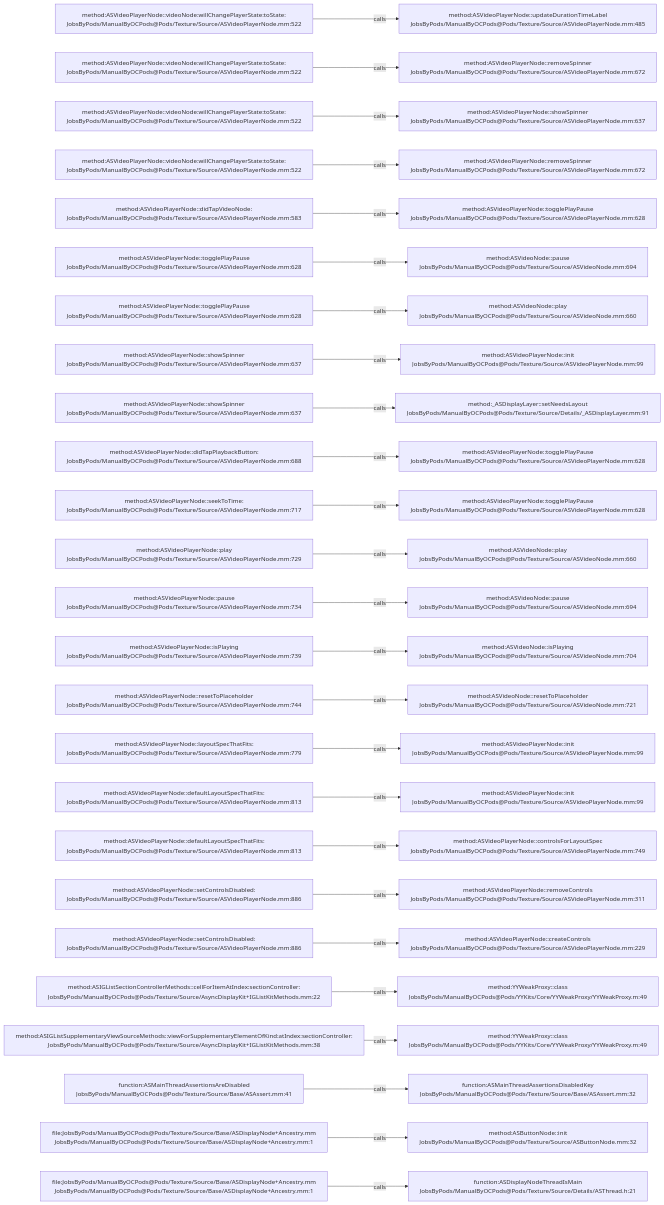
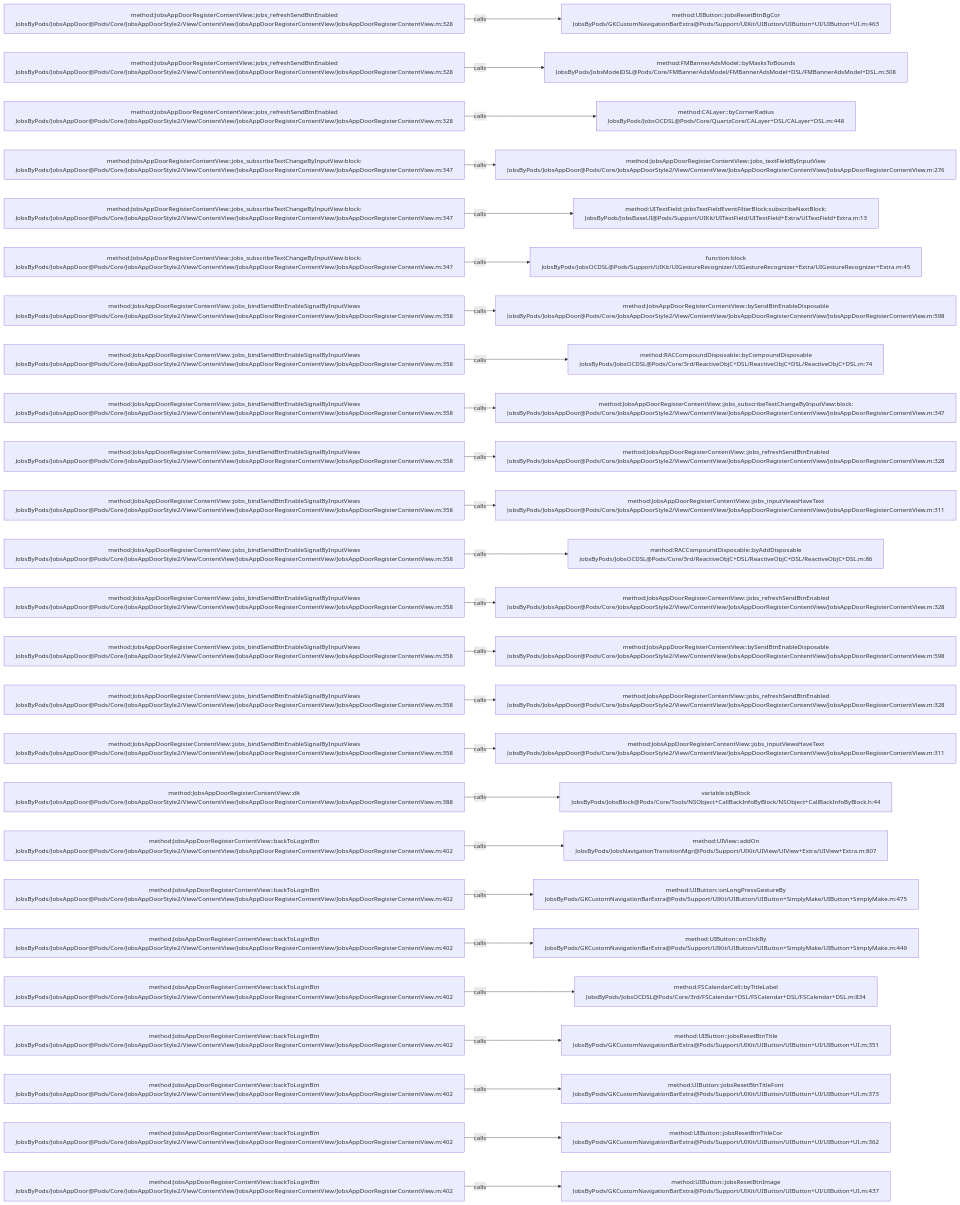
The diagram in .codegraph/codegraph.md/graphs/calls-131.md (JobsKits/JobsOCBaseConfigDemo), drawn with Mermaid before and after one commit. The commit also changed 768 other files, not shown here.

````diff
--- a/.codegraph/codegraph.md/graphs/calls-131.md
+++ b/.codegraph/codegraph.md/graphs/calls-131.md
@@ -13,78 +13,78 @@
 ```mermaid
 flowchart LR
-  S1["method:ASVideoPlayerNode::videoNode:willChangePlayerState:toState:<br/>JobsByPods/ManualByOCPods@Pods/Texture/Source/ASVideoPlayerNode.mm:522"]
-  T1["method:ASVideoPlayerNode::updateDurationTimeLabel<br/>JobsByPods/ManualByOCPods@Pods/Texture/Source/ASVideoPlayerNode.mm:485"]
+  S1["method:JobsAppDoorRegisterContentView::jobs_refreshSendBtnEnabled<br/>JobsByPods/JobsAppDoor@Pods/Core/JobsAppDoorStyle2/View/ContentView/JobsAppDoorRegisterContentView/JobsAppDoorRegisterContentView.m:328"]
+  T1["method:UIButton::jobsResetBtnBgCor<br/>JobsByPods/GKCustomNavigationBarExtra@Pods/Support/UIKit/UIButton/UIButton+UI/UIButton+UI.m:463"]
   S1 -->|calls| T1
-  S2["method:ASVideoPlayerNode::videoNode:willChangePlayerState:toState:<br/>JobsByPods/ManualByOCPods@Pods/Texture/Source/ASVideoPlayerNode.mm:522"]
-  T2["method:ASVideoPlayerNode::removeSpinner<br/>JobsByPods/ManualByOCPods@Pods/Texture/Source/ASVideoPlayerNode.mm:672"]
+  S2["method:JobsAppDoorRegisterContentView::jobs_refreshSendBtnEnabled<br/>JobsByPods/JobsAppDoor@Pods/Core/JobsAppDoorStyle2/View/ContentView/JobsAppDoorRegisterContentView/JobsAppDoorRegisterContentView.m:328"]
+  T2["method:FMBannerAdsModel::byMasksToBounds<br/>JobsByPods/JobsModelDSL@Pods/Core/FMBannerAdsModel/FMBannerAdsModel+DSL/FMBannerAdsModel+DSL.m:308"]
   S2 -->|calls| T2
-  S3["method:ASVideoPlayerNode::videoNode:willChangePlayerState:toState:<br/>JobsByPods/ManualByOCPods@Pods/Texture/Source/ASVideoPlayerNode.mm:522"]
-  T3["method:ASVideoPlayerNode::showSpinner<br/>JobsByPods/ManualByOCPods@Pods/Texture/Source/ASVideoPlayerNode.mm:637"]
+  S3["method:JobsAppDoorRegisterContentView::jobs_refreshSendBtnEnabled<br/>JobsByPods/JobsAppDoor@Pods/Core/JobsAppDoorStyle2/View/ContentView/JobsAppDoorRegisterContentView/JobsAppDoorRegisterContentView.m:328"]
+  T3["method:CALayer::byCornerRadius<br/>JobsByPods/JobsOCDSL@Pods/Core/QuartzCore/CALayer+DSL/CALayer+DSL.m:448"]
   S3 -->|calls| T3
-  S4["method:ASVideoPlayerNode::videoNode:willChangePlayerState:toState:<br/>JobsByPods/ManualByOCPods@Pods/Texture/Source/ASVideoPlayerNode.mm:522"]
-  T4["method:ASVideoPlayerNode::removeSpinner<br/>JobsByPods/ManualByOCPods@Pods/Texture/Source/ASVideoPlayerNode.mm:672"]
+  S4["method:JobsAppDoorRegisterContentView::jobs_subscribeTextChangeByInputView:block:<br/>JobsByPods/JobsAppDoor@Pods/Core/JobsAppDoorStyle2/View/ContentView/JobsAppDoorRegisterContentView/JobsAppDoorRegisterContentView.m:347"]
+  T4["method:JobsAppDoorRegisterContentView::jobs_textFieldByInputView<br/>JobsByPods/JobsAppDoor@Pods/Core/JobsAppDoorStyle2/View/ContentView/JobsAppDoorRegisterContentView/JobsAppDoorRegisterContentView.m:276"]
   S4 -->|calls| T4
-  S5["method:ASVideoPlayerNode::didTapVideoNode:<br/>JobsByPods/ManualByOCPods@Pods/Texture/Source/ASVideoPlayerNode.mm:583"]
-  T5["method:ASVideoPlayerNode::togglePlayPause<br/>JobsByPods/ManualByOCPods@Pods/Texture/Source/ASVideoPlayerNode.mm:628"]
+  S5["method:JobsAppDoorRegisterContentView::jobs_subscribeTextChangeByInputView:block:<br/>JobsByPods/JobsAppDoor@Pods/Core/JobsAppDoorStyle2/View/ContentView/JobsAppDoorRegisterContentView/JobsAppDoorRegisterContentView.m:347"]
+  T5["method:UITextField::jobsTextFieldEventFilterBlock:subscribeNextBlock:<br/>JobsByPods/JobsBaseUI@Pods/Support/UIKit/UITextField/UITextField+Extra/UITextField+Extra.m:13"]
   S5 -->|calls| T5
-  S6["method:ASVideoPlayerNode::togglePlayPause<br/>JobsByPods/ManualByOCPods@Pods/Texture/Source/ASVideoPlayerNode.mm:628"]
-  T6["method:ASVideoNode::pause<br/>JobsByPods/ManualByOCPods@Pods/Texture/Source/ASVideoNode.mm:694"]
+  S6["method:JobsAppDoorRegisterContentView::jobs_subscribeTextChangeByInputView:block:<br/>JobsByPods/JobsAppDoor@Pods/Core/JobsAppDoorStyle2/View/ContentView/JobsAppDoorRegisterContentView/JobsAppDoorRegisterContentView.m:347"]
+  T6["function:block<br/>JobsByPods/JobsOCDSL@Pods/Support/UIKit/UIGestureRecognizer/UIGestureRecognizer+Extra/UIGestureRecognizer+Extra.m:45"]
   S6 -->|calls| T6
-  S7["method:ASVideoPlayerNode::togglePlayPause<br/>JobsByPods/ManualByOCPods@Pods/Texture/Source/ASVideoPlayerNode.mm:628"]
-  T7["method:ASVideoNode::play<br/>JobsByPods/ManualByOCPods@Pods/Texture/Source/ASVideoNode.mm:660"]
+  S7["method:JobsAppDoorRegisterContentView::jobs_bindSendBtnEnableSignalByInputViews<br/>JobsByPods/JobsAppDoor@Pods/Core/JobsAppDoorStyle2/View/ContentView/JobsAppDoorRegisterContentView/JobsAppDoorRegisterContentView.m:358"]
+  T7["method:JobsAppDoorRegisterContentView::bySendBtnEnableDisposable<br/>JobsByPods/JobsAppDoor@Pods/Core/JobsAppDoorStyle2/View/ContentView/JobsAppDoorRegisterContentView/JobsAppDoorRegisterContentView.m:598"]
   S7 -->|calls| T7
-  S8["method:ASVideoPlayerNode::showSpinner<br/>JobsByPods/ManualByOCPods@Pods/Texture/Source/ASVideoPlayerNode.mm:637"]
-  T8["method:ASVideoPlayerNode::init<br/>JobsByPods/ManualByOCPods@Pods/Texture/Source/ASVideoPlayerNode.mm:99"]
+  S8["method:JobsAppDoorRegisterContentView::jobs_bindSendBtnEnableSignalByInputViews<br/>JobsByPods/JobsAppDoor@Pods/Core/JobsAppDoorStyle2/View/ContentView/JobsAppDoorRegisterContentView/JobsAppDoorRegisterContentView.m:358"]
+  T8["method:RACCompoundDisposable::byCompoundDisposable<br/>JobsByPods/JobsOCDSL@Pods/Core/3rd/ReactiveObjC+DSL/ReactiveObjC+DSL/ReactiveObjC+DSL.m:74"]
   S8 -->|calls| T8
-  S9["method:ASVideoPlayerNode::showSpinner<br/>JobsByPods/ManualByOCPods@Pods/Texture/Source/ASVideoPlayerNode.mm:637"]
-  T9["method:_ASDisplayLayer::setNeedsLayout<br/>JobsByPods/ManualByOCPods@Pods/Texture/Source/Details/_ASDisplayLayer.mm:91"]
+  S9["method:JobsAppDoorRegisterContentView::jobs_bindSendBtnEnableSignalByInputViews<br/>JobsByPods/JobsAppDoor@Pods/Core/JobsAppDoorStyle2/View/ContentView/JobsAppDoorRegisterContentView/JobsAppDoorRegisterContentView.m:358"]
+  T9["method:JobsAppDoorRegisterContentView::jobs_subscribeTextChangeByInputView:block:<br/>JobsByPods/JobsAppDoor@Pods/Core/JobsAppDoorStyle2/View/ContentView/JobsAppDoorRegisterContentView/JobsAppDoorRegisterContentView.m:347"]
   S9 -->|calls| T9
-  S10["method:ASVideoPlayerNode::didTapPlaybackButton:<br/>JobsByPods/ManualByOCPods@Pods/Texture/Source/ASVideoPlayerNode.mm:688"]
-  T10["method:ASVideoPlayerNode::togglePlayPause<br/>JobsByPods/ManualByOCPods@Pods/Texture/Source/ASVideoPlayerNode.mm:628"]
+  S10["method:JobsAppDoorRegisterContentView::jobs_bindSendBtnEnableSignalByInputViews<br/>JobsByPods/JobsAppDoor@Pods/Core/JobsAppDoorStyle2/View/ContentView/JobsAppDoorRegisterContentView/JobsAppDoorRegisterContentView.m:358"]
+  T10["method:JobsAppDoorRegisterContentView::jobs_refreshSendBtnEnabled<br/>JobsByPods/JobsAppDoor@Pods/Core/JobsAppDoorStyle2/View/ContentView/JobsAppDoorRegisterContentView/JobsAppDoorRegisterContentView.m:328"]
   S10 -->|calls| T10
-  S11["method:ASVideoPlayerNode::seekToTime:<br/>JobsByPods/ManualByOCPods@Pods/Texture/Source/ASVideoPlayerNode.mm:717"]
-  T11["method:ASVideoPlayerNode::togglePlayPause<br/>JobsByPods/ManualByOCPods@Pods/Texture/Source/ASVideoPlayerNode.mm:628"]
+  S11["method:JobsAppDoorRegisterContentView::jobs_bindSendBtnEnableSignalByInputViews<br/>JobsByPods/JobsAppDoor@Pods/Core/JobsAppDoorStyle2/View/ContentView/JobsAppDoorRegisterContentView/JobsAppDoorRegisterContentView.m:358"]
+  T11["method:JobsAppDoorRegisterContentView::jobs_inputViewsHaveText<br/>JobsByPods/JobsAppDoor@Pods/Core/JobsAppDoorStyle2/View/ContentView/JobsAppDoorRegisterContentView/JobsAppDoorRegisterContentView.m:311"]
   S11 -->|calls| T11
-  S12["method:ASVideoPlayerNode::play<br/>JobsByPods/ManualByOCPods@Pods/Texture/Source/ASVideoPlayerNode.mm:729"]
-  T12["method:ASVideoNode::play<br/>JobsByPods/ManualByOCPods@Pods/Texture/Source/ASVideoNode.mm:660"]
+  S12["method:JobsAppDoorRegisterContentView::jobs_bindSendBtnEnableSignalByInputViews<br/>JobsByPods/JobsAppDoor@Pods/Core/JobsAppDoorStyle2/View/ContentView/JobsAppDoorRegisterContentView/JobsAppDoorRegisterContentView.m:358"]
+  T12["method:RACCompoundDisposable::byAddDisposable<br/>JobsByPods/JobsOCDSL@Pods/Core/3rd/ReactiveObjC+DSL/ReactiveObjC+DSL/ReactiveObjC+DSL.m:86"]
   S12 -->|calls| T12
-  S13["method:ASVideoPlayerNode::pause<br/>JobsByPods/ManualByOCPods@Pods/Texture/Source/ASVideoPlayerNode.mm:734"]
-  T13["method:ASVideoNode::pause<br/>JobsByPods/ManualByOCPods@Pods/Texture/Source/ASVideoNode.mm:694"]
+  S13["method:JobsAppDoorRegisterContentView::jobs_bindSendBtnEnableSignalByInputViews<br/>JobsByPods/JobsAppDoor@Pods/Core/JobsAppDoorStyle2/View/ContentView/JobsAppDoorRegisterContentView/JobsAppDoorRegisterContentView.m:358"]
+  T13["method:JobsAppDoorRegisterContentView::jobs_refreshSendBtnEnabled<br/>JobsByPods/JobsAppDoor@Pods/Core/JobsAppDoorStyle2/View/ContentView/JobsAppDoorRegisterContentView/JobsAppDoorRegisterContentView.m:328"]
   S13 -->|calls| T13
-  S14["method:ASVideoPlayerNode::isPlaying<br/>JobsByPods/ManualByOCPods@Pods/Texture/Source/ASVideoPlayerNode.mm:739"]
-  T14["method:ASVideoNode::isPlaying<br/>JobsByPods/ManualByOCPods@Pods/Texture/Source/ASVideoNode.mm:704"]
+  S14["method:JobsAppDoorRegisterContentView::jobs_bindSendBtnEnableSignalByInputViews<br/>JobsByPods/JobsAppDoor@Pods/Core/JobsAppDoorStyle2/View/ContentView/JobsAppDoorRegisterContentView/JobsAppDoorRegisterContentView.m:358"]
+  T14["method:JobsAppDoorRegisterContentView::bySendBtnEnableDisposable<br/>JobsByPods/JobsAppDoor@Pods/Core/JobsAppDoorStyle2/View/ContentView/JobsAppDoorRegisterContentView/JobsAppDoorRegisterContentView.m:598"]
   S14 -->|calls| T14
-  S15["method:ASVideoPlayerNode::resetToPlaceholder<br/>JobsByPods/ManualByOCPods@Pods/Texture/Source/ASVideoPlayerNode.mm:744"]
-  T15["method:ASVideoNode::resetToPlaceholder<br/>JobsByPods/ManualByOCPods@Pods/Texture/Source/ASVideoNode.mm:721"]
+  S15["method:JobsAppDoorRegisterContentView::jobs_bindSendBtnEnableSignalByInputViews<br/>JobsByPods/JobsAppDoor@Pods/Core/JobsAppDoorStyle2/View/ContentView/JobsAppDoorRegisterContentView/JobsAppDoorRegisterContentView.m:358"]
+  T15["method:JobsAppDoorRegisterContentView::jobs_refreshSendBtnEnabled<br/>JobsByPods/JobsAppDoor@Pods/Core/JobsAppDoorStyle2/View/ContentView/JobsAppDoorRegisterContentView/JobsAppDoorRegisterContentView.m:328"]
   S15 -->|calls| T15
-  S16["method:ASVideoPlayerNode::layoutSpecThatFits:<br/>JobsByPods/ManualByOCPods@Pods/Texture/Source/ASVideoPlayerNode.mm:779"]
-  T16["method:ASVideoPlayerNode::init<br/>JobsByPods/ManualByOCPods@Pods/Texture/Source/ASVideoPlayerNode.mm:99"]
+  S16["method:JobsAppDoorRegisterContentView::jobs_bindSendBtnEnableSignalByInputViews<br/>JobsByPods/JobsAppDoor@Pods/Core/JobsAppDoorStyle2/View/ContentView/JobsAppDoorRegisterContentView/JobsAppDoorRegisterContentView.m:358"]
+  T16["method:JobsAppDoorRegisterContentView::jobs_inputViewsHaveText<br/>JobsByPods/JobsAppDoor@Pods/Core/JobsAppDoorStyle2/View/ContentView/JobsAppDoorRegisterContentView/JobsAppDoorRegisterContentView.m:311"]
   S16 -->|calls| T16
-  S17["method:ASVideoPlayerNode::defaultLayoutSpecThatFits:<br/>JobsByPods/ManualByOCPods@Pods/Texture/Source/ASVideoPlayerNode.mm:813"]
-  T17["method:ASVideoPlayerNode::init<br/>JobsByPods/ManualByOCPods@Pods/Texture/Source/ASVideoPlayerNode.mm:99"]
+  S17["method:JobsAppDoorRegisterContentView::dk<br/>JobsByPods/JobsAppDoor@Pods/Core/JobsAppDoorStyle2/View/ContentView/JobsAppDoorRegisterContentView/JobsAppDoorRegisterContentView.m:388"]
+  T17["variable:objBlock<br/>JobsByPods/JobsBlock@Pods/Core/Tools/NSObject+CallBackInfoByBlock/NSObject+CallBackInfoByBlock.h:44"]
   S17 -->|calls| T17
-  S18["method:ASVideoPlayerNode::defaultLayoutSpecThatFits:<br/>JobsByPods/ManualByOCPods@Pods/Texture/Source/ASVideoPlayerNode.mm:813"]
-  T18["method:ASVideoPlayerNode::controlsForLayoutSpec<br/>JobsByPods/ManualByOCPods@Pods/Texture/Source/ASVideoPlayerNode.mm:749"]
+  S18["method:JobsAppDoorRegisterContentView::backToLoginBtn<br/>JobsByPods/JobsAppDoor@Pods/Core/JobsAppDoorStyle2/View/ContentView/JobsAppDoorRegisterContentView/JobsAppDoorRegisterContentView.m:402"]
+  T18["method:UIView::addOn<br/>JobsByPods/JobsNavigationTransitionMgr@Pods/Support/UIKit/UIView/UIView+Extra/UIView+Extra.m:807"]
   S18 -->|calls| T18
-  S19["method:ASVideoPlayerNode::setControlsDisabled:<br/>JobsByPods/ManualByOCPods@Pods/Texture/Source/ASVideoPlayerNode.mm:886"]
-  T19["method:ASVideoPlayerNode::removeControls<br/>JobsByPods/ManualByOCPods@Pods/Texture/Source/ASVideoPlayerNode.mm:311"]
+  S19["method:JobsAppDoorRegisterContentView::backToLoginBtn<br/>JobsByPods/JobsAppDoor@Pods/Core/JobsAppDoorStyle2/View/ContentView/JobsAppDoorRegisterContentView/JobsAppDoorRegisterContentView.m:402"]
+  T19["method:UIButton::onLongPressGestureBy<br/>JobsByPods/GKCustomNavigationBarExtra@Pods/Support/UIKit/UIButton/UIButton+SimplyMake/UIButton+SimplyMake.m:475"]
   S19 -->|calls| T19
-  S20["method:ASVideoPlayerNode::setControlsDisabled:<br/>JobsByPods/ManualByOCPods@Pods/Texture/Source/ASVideoPlayerNode.mm:886"]
-  T20["method:ASVideoPlayerNode::createControls<br/>JobsByPods/ManualByOCPods@Pods/Texture/Source/ASVideoPlayerNode.mm:229"]
+  S20["method:JobsAppDoorRegisterContentView::backToLoginBtn<br/>JobsByPods/JobsAppDoor@Pods/Core/JobsAppDoorStyle2/View/ContentView/JobsAppDoorRegisterContentView/JobsAppDoorRegisterContentView.m:402"]
+  T20["method:UIButton::onClickBy<br/>JobsByPods/GKCustomNavigationBarExtra@Pods/Support/UIKit/UIButton/UIButton+SimplyMake/UIButton+SimplyMake.m:449"]
   S20 -->|calls| T20
-  S21["method:ASIGListSectionControllerMethods::cellForItemAtIndex:sectionController:<br/>JobsByPods/ManualByOCPods@Pods/Texture/Source/AsyncDisplayKit+IGListKitMethods.mm:22"]
-  T21["method:YYWeakProxy::class<br/>JobsByPods/ManualByOCPods@Pods/YYKits/Core/YYWeakProxy/YYWeakProxy.m:49"]
+  S21["method:JobsAppDoorRegisterContentView::backToLoginBtn<br/>JobsByPods/JobsAppDoor@Pods/Core/JobsAppDoorStyle2/View/ContentView/JobsAppDoorRegisterContentView/JobsAppDoorRegisterContentView.m:402"]
+  T21["method:FSCalendarCell::byTitleLabel<br/>JobsByPods/JobsOCDSL@Pods/Core/3rd/FSCalendar+DSL/FSCalendar+DSL/FSCalendar+DSL.m:834"]
   S21 -->|calls| T21
-  S22["method:ASIGListSupplementaryViewSourceMethods::viewForSupplementaryElementOfKind:atIndex:sectionController:<br/>JobsByPods/ManualByOCPods@Pods/Texture/Source/AsyncDisplayKit+IGListKitMethods.mm:38"]
-  T22["method:YYWeakProxy::class<br/>JobsByPods/ManualByOCPods@Pods/YYKits/Core/YYWeakProxy/YYWeakProxy.m:49"]
+  S22["method:JobsAppDoorRegisterContentView::backToLoginBtn<br/>JobsByPods/JobsAppDoor@Pods/Core/JobsAppDoorStyle2/View/ContentView/JobsAppDoorRegisterContentView/JobsAppDoorRegisterContentView.m:402"]
+  T22["method:UIButton::jobsResetBtnTitle<br/>JobsByPods/GKCustomNavigationBarExtra@Pods/Support/UIKit/UIButton/UIButton+UI/UIButton+UI.m:351"]
   S22 -->|calls| T22
-  S23["function:ASMainThreadAssertionsAreDisabled<br/>JobsByPods/ManualByOCPods@Pods/Texture/Source/Base/ASAssert.mm:41"]
-  T23["function:ASMainThreadAssertionsDisabledKey<br/>JobsByPods/ManualByOCPods@Pods/Texture/Source/Base/ASAssert.mm:32"]
+  S23["method:JobsAppDoorRegisterContentView::backToLoginBtn<br/>JobsByPods/JobsAppDoor@Pods/Core/JobsAppDoorStyle2/View/ContentView/JobsAppDoorRegisterContentView/JobsAppDoorRegisterContentView.m:402"]
+  T23["method:UIButton::jobsResetBtnTitleFont<br/>JobsByPods/GKCustomNavigationBarExtra@Pods/Support/UIKit/UIButton/UIButton+UI/UIButton+UI.m:373"]
   S23 -->|calls| T23
-  S24["file:JobsByPods/ManualByOCPods@Pods/Texture/Source/Base/ASDisplayNode+Ancestry.mm<br/>JobsByPods/ManualByOCPods@Pods/Texture/Source/Base/ASDisplayNode+Ancestry.mm:1"]
-  T24["method:ASButtonNode::init<br/>JobsByPods/ManualByOCPods@Pods/Texture/Source/ASButtonNode.mm:32"]
+  S24["method:JobsAppDoorRegisterContentView::backToLoginBtn<br/>JobsByPods/JobsAppDoor@Pods/Core/JobsAppDoorStyle2/View/ContentView/JobsAppDoorRegisterContentView/JobsAppDoorRegisterContentView.m:402"]
+  T24["method:UIButton::jobsResetBtnTitleCor<br/>JobsByPods/GKCustomNavigationBarExtra@Pods/Support/UIKit/UIButton/UIButton+UI/UIButton+UI.m:362"]
   S24 -->|calls| T24
-  S25["file:JobsByPods/ManualByOCPods@Pods/Texture/Source/Base/ASDisplayNode+Ancestry.mm<br/>JobsByPods/ManualByOCPods@Pods/Texture/Source/Base/ASDisplayNode+Ancestry.mm:1"]
-  T25["function:ASDisplayNodeThreadIsMain<br/>JobsByPods/ManualByOCPods@Pods/Texture/Source/Details/ASThread.h:21"]
+  S25["method:JobsAppDoorRegisterContentView::backToLoginBtn<br/>JobsByPods/JobsAppDoor@Pods/Core/JobsAppDoorStyle2/View/ContentView/JobsAppDoorRegisterContentView/JobsAppDoorRegisterContentView.m:402"]
+  T25["method:UIButton::jobsResetBtnImage<br/>JobsByPods/GKCustomNavigationBarExtra@Pods/Support/UIKit/UIButton/UIButton+UI/UIButton+UI.m:437"]
   S25 -->|calls| T25
 ```
````
